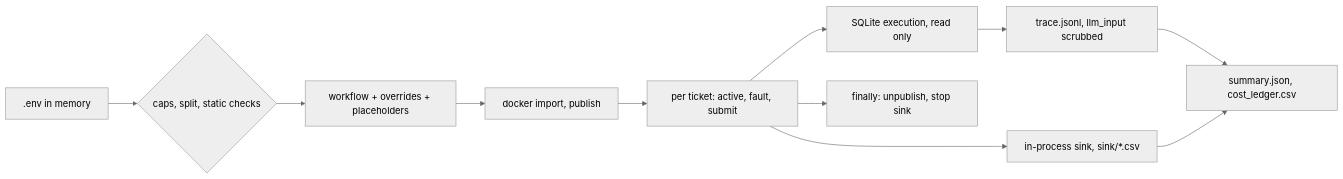
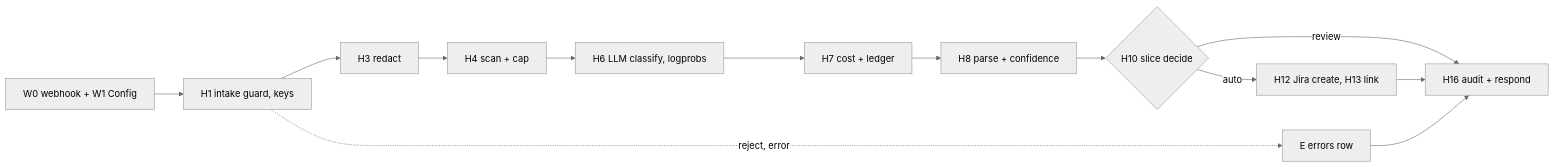
Before and after one commit to beyondalgorithms2026-source/support-triage-n8n: the diagram in .ai/REVIEW.md, drawn with Mermaid (neutral theme). The commit also changed other lines of this file and 17 other files, not shown here.

````diff
--- a/.ai/REVIEW.md
+++ b/.ai/REVIEW.md
@@ -10,13 +10,14 @@
 ```mermaid
 flowchart LR
-  E[".env in memory"] --> C{"caps, split, static checks"}
-  C --> W["workflow + overrides + placeholders"]
-  W --> P["docker import, publish"]
-  P --> T["per ticket: active, fault, submit"]
-  T --> X["SQLite execution, read only"]
-  X --> R["trace.jsonl, llm_input scrubbed"]
-  T --> S["in-process sink, sink/*.csv"]
-  R --> M["summary.json, cost_ledger.csv"]
-  S --> M
-  T --> U["finally: unpublish, stop sink"]
+  W0["W0 webhook + W1 Config"] --> H1["H1 intake guard, keys"]
+  H1 --> H3["H3 redact"]
+  H3 --> H4["H4 scan + cap"]
+  H4 --> H6["H6 LLM classify, logprobs"]
+  H6 --> H7["H7 cost + ledger"]
+  H7 --> H8["H8 parse + confidence"]
+  H8 --> H10{"H10 slice decide"}
+  H10 -->|auto| H12["H12 Jira create, H13 link"]
+  H10 -->|review| H16["H16 audit + respond"]
+  H12 --> H16
+  H1 -.->|reject, error| E["E errors row"] --> H16
 ```
````
